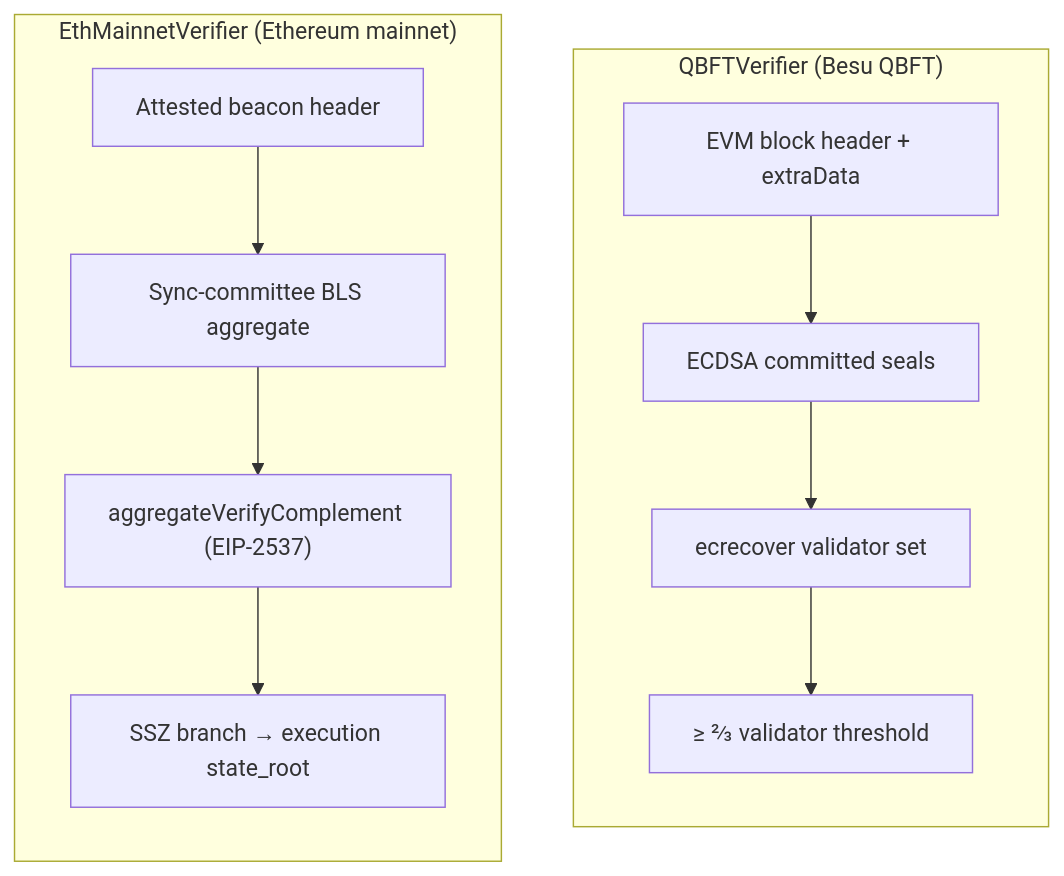
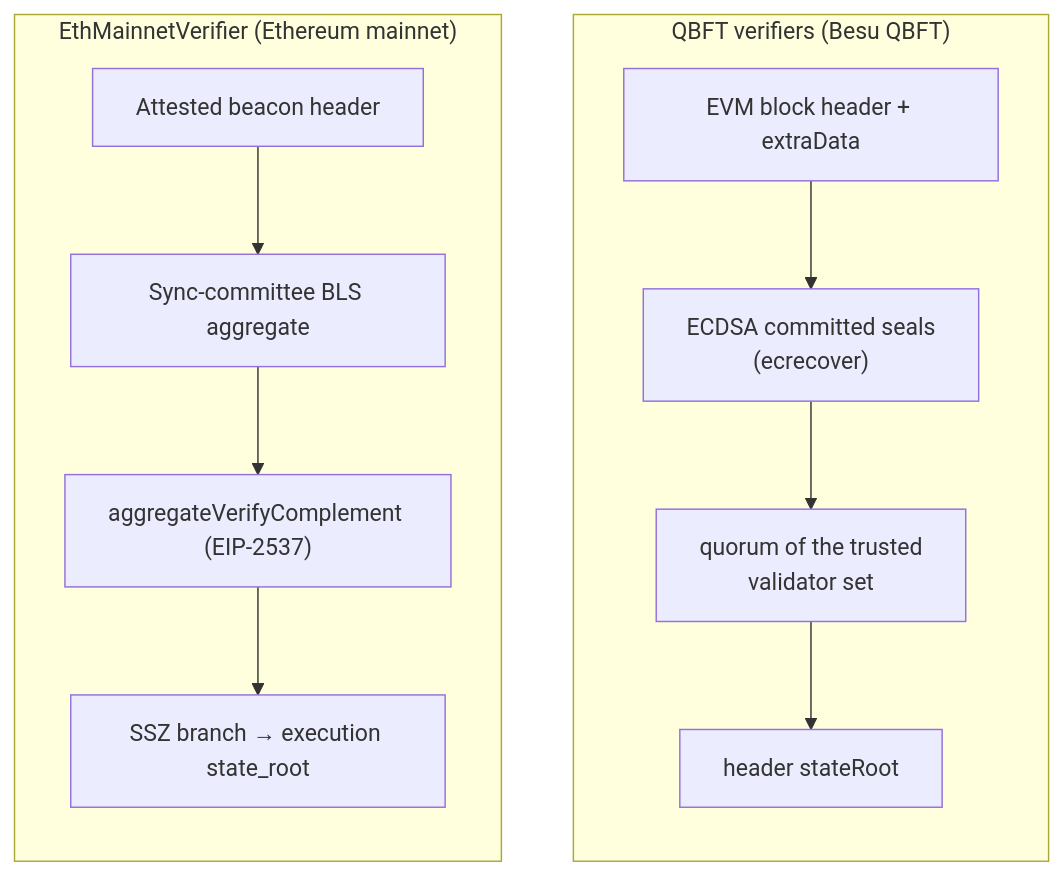
One commit to LFDT-CLPR/clpr-smart-contracts changed the second of 4 diagrams in src/verifiers/evm/ethereum/README.md. Above: the diagram before and after it, drawn with Mermaid. The commit also changed other lines of this file and 17 other files, not shown here.

````diff
--- a/src/verifiers/evm/ethereum/README.md
+++ b/src/verifiers/evm/ethereum/README.md
@@ -35,15 +50,15 @@
 ```mermaid
 flowchart TD
-    subgraph QBFT["QBFTVerifier (Besu QBFT)"]
+    subgraph QBFT["QBFT verifiers (Besu QBFT)"]
         direction TB
-        Q1["EVM block header + extraData"] --> Q2["ECDSA committed seals"]
-        Q2 --> Q3["ecrecover validator set"]
-        Q3 --> Q4["≥ ⅔ validator threshold"]
+        Q1["EVM block header + extraData"] --> Q2["ECDSA committed seals\n(ecrecover)"]
+        Q2 --> Q3["quorum of the trusted\nvalidator set"]
+        Q3 --> Q4["header stateRoot"]
     end
     subgraph ETH["EthMainnetVerifier (Ethereum mainnet)"]
         direction TB
         E1["Attested beacon header"] --> E2["Sync-committee BLS aggregate"]
         E2 --> E3["aggregateVerifyComplement (EIP-2537)"]
         E3 --> E4["SSZ branch → execution state_root"]
     end
 ```
````
